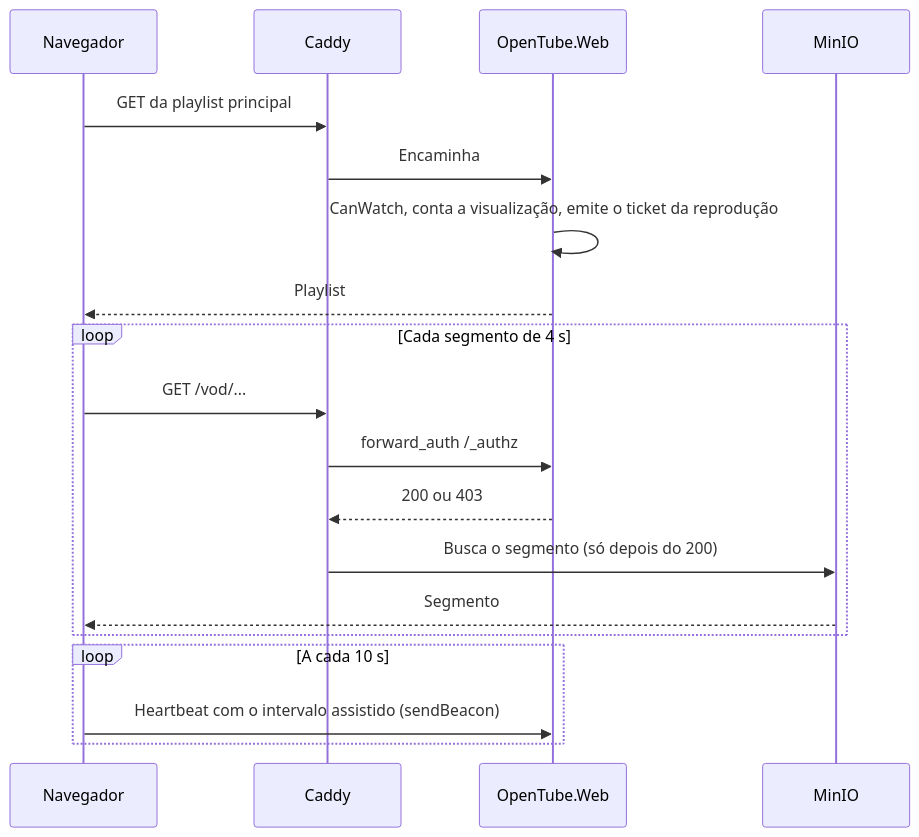
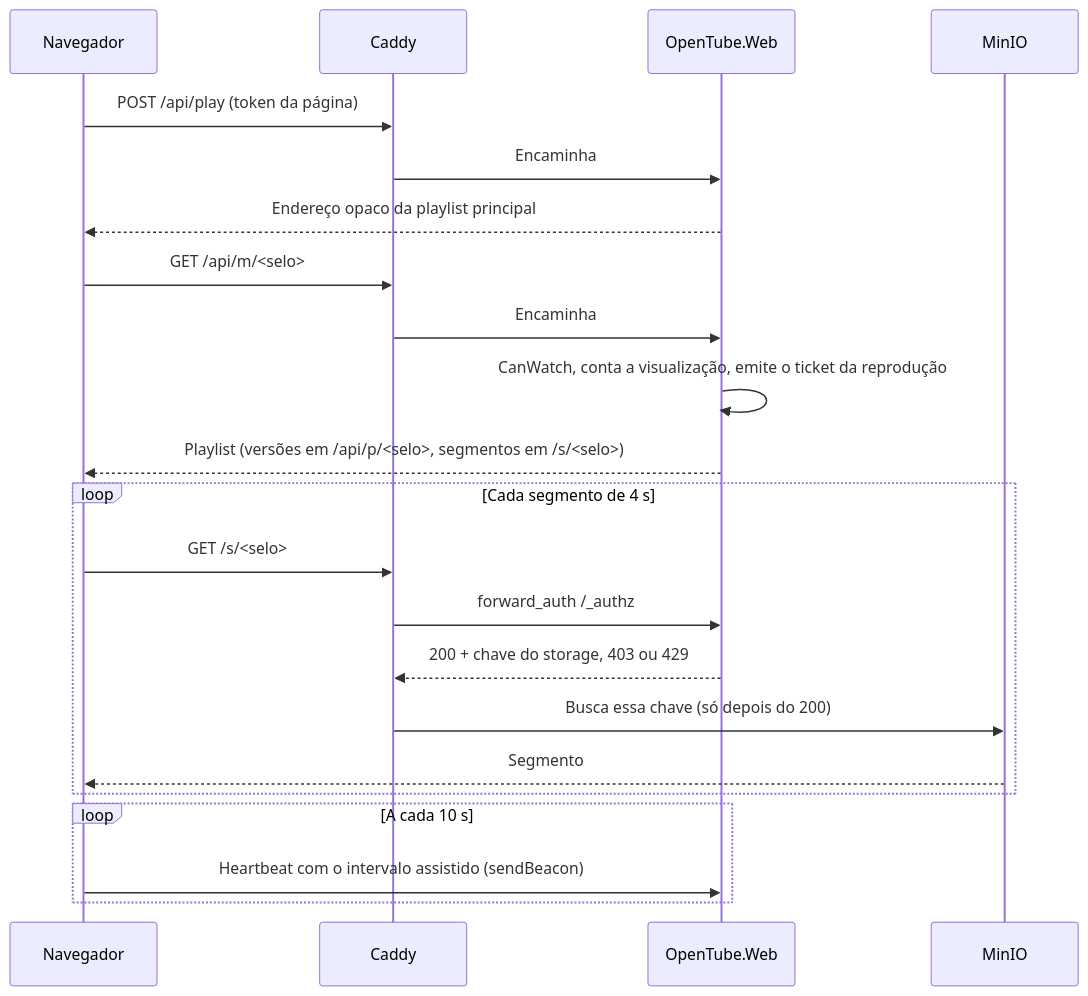
Before and after one commit to allanbarcelos/opentube: the fifth of 6 diagrams in README.pt.md, drawn with Mermaid. The commit also changed other lines of this file and 21 other files, not shown here.

````diff
--- a/README.pt.md
+++ b/README.pt.md
@@ -699,21 +699,24 @@
 ```mermaid
 sequenceDiagram
     participant B as Navegador
     participant C as Caddy
     participant W as OpenTube.Web
     participant S as MinIO
-    B->>C: GET da playlist principal
+    B->>C: POST /api/play (token da página)
+    C->>W: Encaminha
+    W-->>B: Endereço opaco da playlist principal
+    B->>C: GET /api/m/<selo>
     C->>W: Encaminha
     W->>W: CanWatch, conta a visualização, emite o ticket da reprodução
-    W-->>B: Playlist
+    W-->>B: Playlist (versões em /api/p/<selo>, segmentos em /s/<selo>)
     loop Cada segmento de 4 s
-        B->>C: GET /vod/...
+        B->>C: GET /s/<selo>
         C->>W: forward_auth /_authz
-        W-->>C: 200 ou 403
-        C->>S: Busca o segmento (só depois do 200)
+        W-->>C: 200 + chave do storage, 403 ou 429
+        C->>S: Busca essa chave (só depois do 200)
         S-->>B: Segmento
     end
     loop A cada 10 s
         B->>W: Heartbeat com o intervalo assistido (sendBeacon)
     end
 ```
````
